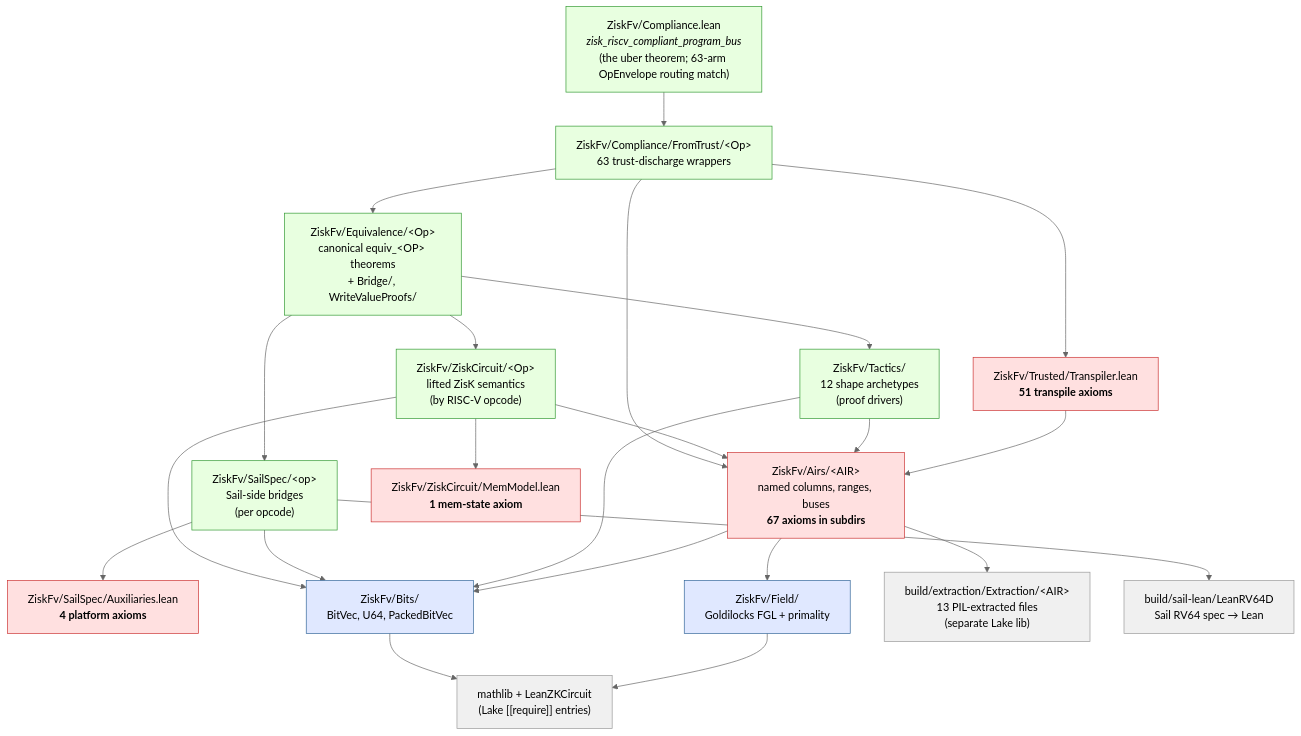
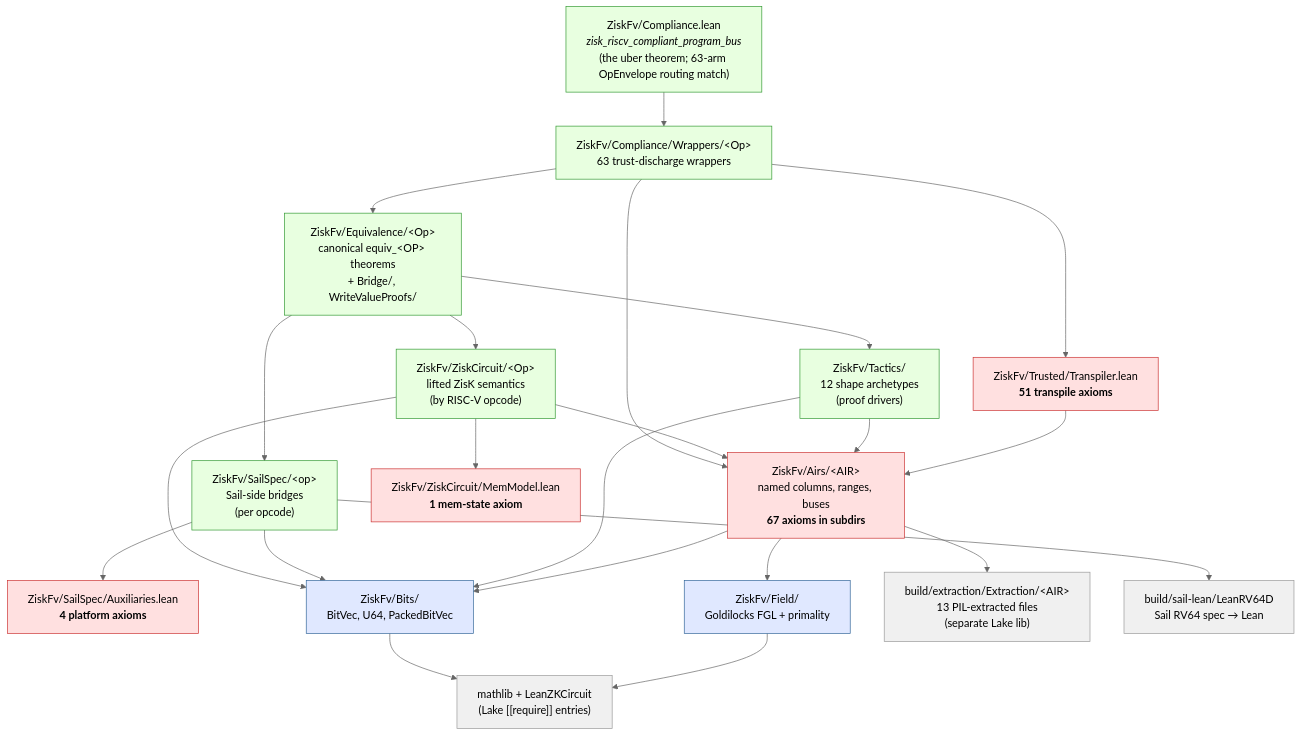
One commit to eth-act/zisk-fv changed the diagram in README.md. Above: the diagram before and after it, drawn with Mermaid (neutral theme). The commit also changed other lines of this file and 158 other files, not shown here.

First line of the commit message:
refactor: rename FromTrust/ -> Wrappers/ + drop _from_trust suffix

````diff
--- a/README.md
+++ b/README.md
@@ -137,49 +137,49 @@
 ```mermaid
 graph TD
   Compliance["ZiskFv/Compliance.lean<br/><i>zisk_riscv_compliant_program_bus</i><br/>(the uber theorem; 63-arm OpEnvelope routing match)"]
-  FromTrust["ZiskFv/Compliance/FromTrust/&lt;Op&gt;<br/>63 trust-discharge wrappers"]
+  Wrappers["ZiskFv/Compliance/Wrappers/&lt;Op&gt;<br/>63 trust-discharge wrappers"]
   Equiv["ZiskFv/Equivalence/&lt;Op&gt;<br/>canonical equiv_&lt;OP&gt; theorems<br/>+ Bridge/, WriteValueProofs/"]
   ZiskCircuit["ZiskFv/ZiskCircuit/&lt;Op&gt;<br/>lifted ZisK semantics<br/>(by RISC-V opcode)"]
   SailSpec["ZiskFv/SailSpec/&lt;op&gt;<br/>Sail-side bridges<br/>(per opcode)"]
   Tactics["ZiskFv/Tactics/<br/>12 shape archetypes<br/>(proof drivers)"]
   Airs["ZiskFv/Airs/&lt;AIR&gt;<br/>named columns, ranges, buses<br/><b>67 axioms in subdirs</b>"]
   Trusted["ZiskFv/Trusted/Transpiler.lean<br/><b>51 transpile axioms</b>"]
   MemModel["ZiskFv/ZiskCircuit/MemModel.lean<br/><b>1 mem-state axiom</b>"]
   Auxiliaries["ZiskFv/SailSpec/Auxiliaries.lean<br/><b>4 platform axioms</b>"]
   Bits["ZiskFv/Bits/<br/>BitVec, U64, PackedBitVec"]
   Field["ZiskFv/Field/<br/>Goldilocks FGL + primality"]
   Extraction["build/extraction/Extraction/&lt;AIR&gt;<br/>13 PIL-extracted files<br/>(separate Lake lib)"]
   SailLean["build/sail-lean/LeanRV64D<br/>Sail RV64 spec → Lean"]
   Mathlib["mathlib + LeanZKCircuit<br/>(Lake [[require]] entries)"]
 
-  Compliance --> FromTrust
-  FromTrust --> Equiv
-  FromTrust --> Trusted
-  FromTrust --> Airs
+  Compliance --> Wrappers
+  Wrappers --> Equiv
+  Wrappers --> Trusted
+  Wrappers --> Airs
   Equiv --> Tactics
   Equiv --> ZiskCircuit
   Equiv --> SailSpec
   ZiskCircuit --> Airs
   ZiskCircuit --> MemModel
   ZiskCircuit --> Bits
   SailSpec --> SailLean
   SailSpec --> Auxiliaries
   SailSpec --> Bits
   Tactics --> Airs
   Tactics --> Bits
   Airs --> Extraction
   Airs --> Field
   Airs --> Bits
   Trusted --> Airs
   Bits --> Mathlib
   Field --> Mathlib
 
   classDef trust fill:#ffe0e0,stroke:#c33,color:#000
   classDef build fill:#e0e8ff,stroke:#369,color:#000
   classDef proof fill:#e8ffe0,stroke:#393,color:#000
   classDef external fill:#f0f0f0,stroke:#999,color:#000
   class Trusted,MemModel,Auxiliaries,Airs trust
   class Extraction,SailLean,Mathlib external
-  class Compliance,FromTrust,Equiv,ZiskCircuit,SailSpec,Tactics proof
+  class Compliance,Wrappers,Equiv,ZiskCircuit,SailSpec,Tactics proof
   class Bits,Field build
 ```
````
